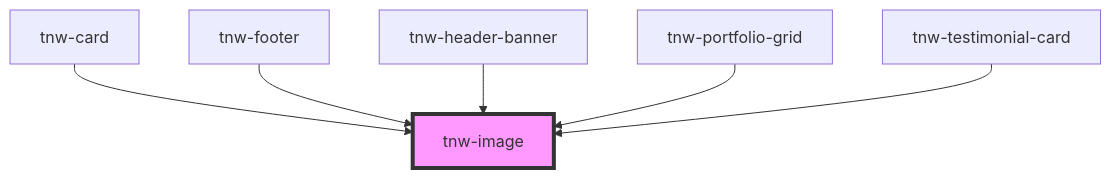
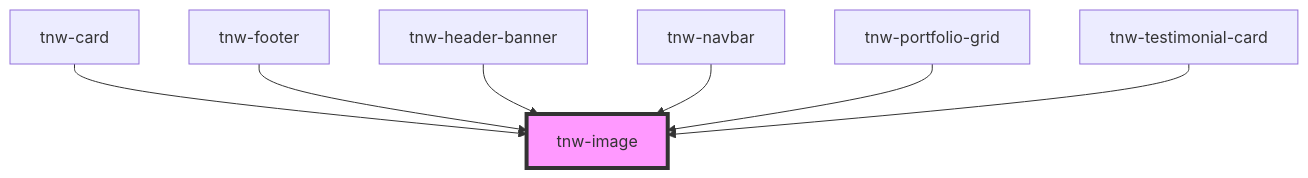
The diagram in packages/stencil-library/src/components/tnw-image/readme.md (technway/technway-component-library), drawn with Mermaid before and after one commit. The commit also changed other lines of this file and 98 other files, not shown here.

````diff
--- a/packages/stencil-library/src/components/tnw-image/readme.md
+++ b/packages/stencil-library/src/components/tnw-image/readme.md
@@ -89,9 +90,10 @@
 ```mermaid
 graph TD;
   tnw-card --> tnw-image
   tnw-footer --> tnw-image
   tnw-header-banner --> tnw-image
+  tnw-navbar --> tnw-image
   tnw-portfolio-grid --> tnw-image
   tnw-testimonial-card --> tnw-image
   style tnw-image fill:#f9f,stroke:#333,stroke-width:4px
 ```
````
